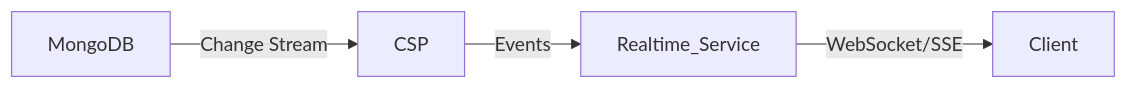
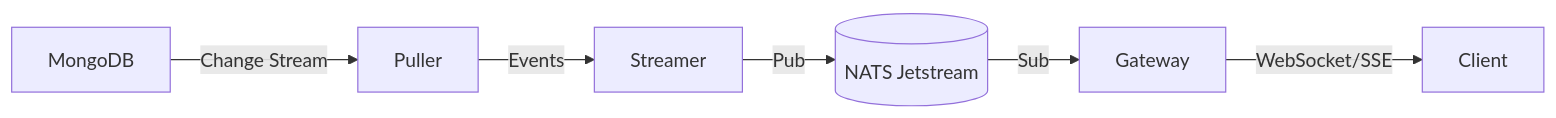
The second of 3 diagrams in docs/architecture.md (codetrek/syntrix), drawn with Mermaid before and after one commit. The commit also changed other lines of this file and 61 other files, not shown here.

First line of the commit message:
Refactor Puller architecture and improve test coverage (#42)

````diff
--- a/docs/architecture.md
+++ b/docs/architecture.md
@@ -31,6 +40,10 @@
 ```mermaid
 graph LR
-    MongoDB -->|Change Stream| CSP
-    CSP -->|Events| Realtime_Service
-    Realtime_Service -->|WebSocket/SSE| Client
+    NATS[(NATS Jetstream)]
+
+    MongoDB -->|Change Stream| Puller
+    Puller -->|Events| Streamer
+    Streamer -->|Pub| NATS
+    NATS -->|Sub| Gateway
+    Gateway -->|WebSocket/SSE| Client
 ```
````
